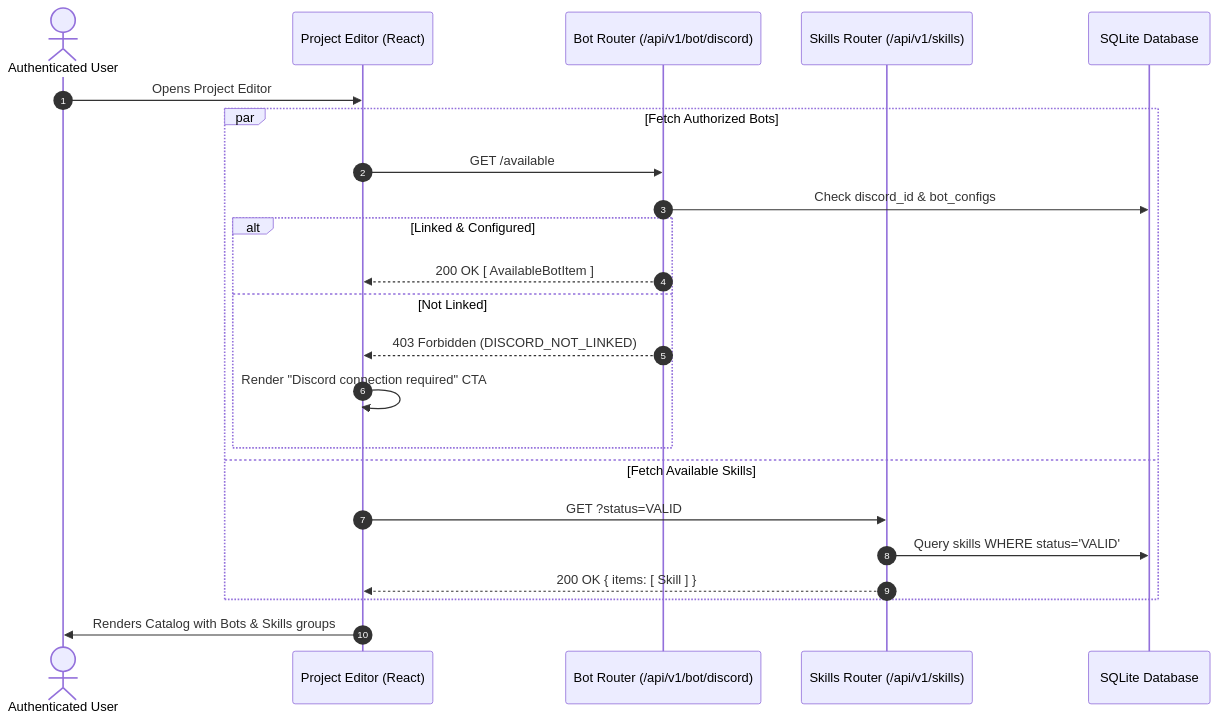
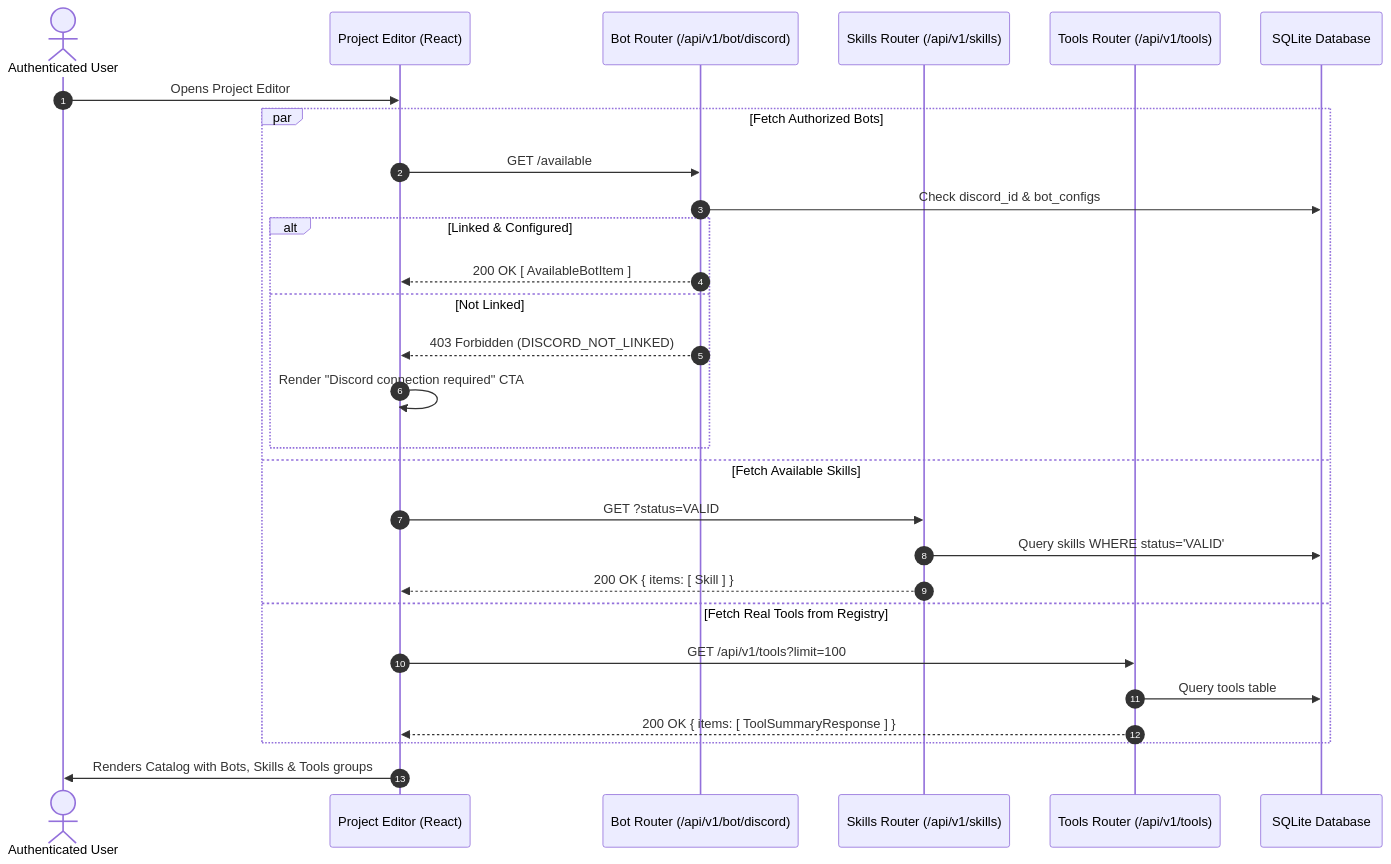
Before and after one commit to DungTran1201/AgentHarnessApplied: the first of 6 diagrams in docs/features/canvas-catalog-bots-skills/diagrams.md, drawn with Mermaid. The commit also changed other lines of this file and 14 other files, not shown here.

Commit message:
feat: add project management API endpoints, agent tool execution handlers, and frontend components

````diff
--- a/docs/features/canvas-catalog-bots-skills/diagrams.md
+++ b/docs/features/canvas-catalog-bots-skills/diagrams.md
@@ -4,26 +4,31 @@
 ```mermaid
 sequenceDiagram
     autonumber
     actor User as Authenticated User
     participant Editor as Project Editor (React)
     participant BotAPI as Bot Router (/api/v1/bot/discord)
     participant SkillAPI as Skills Router (/api/v1/skills)
+    participant ToolAPI as Tools Router (/api/v1/tools)
     participant DB as SQLite Database
 
     User->>Editor: Opens Project Editor
     par Fetch Authorized Bots
         Editor->>BotAPI: GET /available
         BotAPI->>DB: Check discord_id & bot_configs
         alt Linked & Configured
             BotAPI-->>Editor: 200 OK [ AvailableBotItem ]
         else Not Linked
             BotAPI-->>Editor: 403 Forbidden (DISCORD_NOT_LINKED)
             Editor->>Editor: Render "Discord connection required" CTA
         end
     and Fetch Available Skills
         Editor->>SkillAPI: GET ?status=VALID
         SkillAPI->>DB: Query skills WHERE status='VALID'
         SkillAPI-->>Editor: 200 OK { items: [ Skill ] }
+    and Fetch Real Tools from Registry
+        Editor->>ToolAPI: GET /api/v1/tools?limit=100
+        ToolAPI->>DB: Query tools table
+        ToolAPI-->>Editor: 200 OK { items: [ ToolSummaryResponse ] }
     end
-    Editor->>User: Renders Catalog with Bots & Skills groups
+    Editor->>User: Renders Catalog with Bots, Skills & Tools groups
 ```
````
